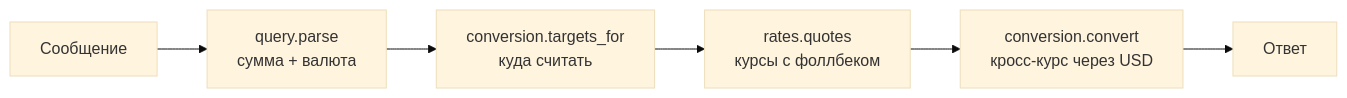
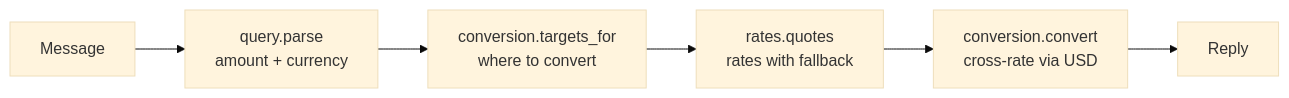
One commit to aneek0/NekoCurrencies changed the diagram in README.md. Above: the diagram before and after it, drawn with Mermaid (base theme). The commit also changed other lines of this file and 12 other files, not shown here.

````diff
--- a/README.md
+++ b/README.md
@@ -103,8 +103,8 @@
 ```mermaid
 flowchart LR
-    msg[Сообщение] --> parse["query.parse<br/>сумма + валюта"]
-    parse --> targets["conversion.targets_for<br/>куда считать"]
-    targets --> quotes["rates.quotes<br/>курсы с фоллбеком"]
-    quotes --> convert["conversion.convert<br/>кросс-курс через USD"]
-    convert --> answer[Ответ]
+    msg[Message] --> parse["query.parse<br/>amount + currency"]
+    parse --> targets["conversion.targets_for<br/>where to convert"]
+    targets --> quotes["rates.quotes<br/>rates with fallback"]
+    quotes --> convert["conversion.convert<br/>cross-rate via USD"]
+    convert --> answer[Reply]
 ```
````
